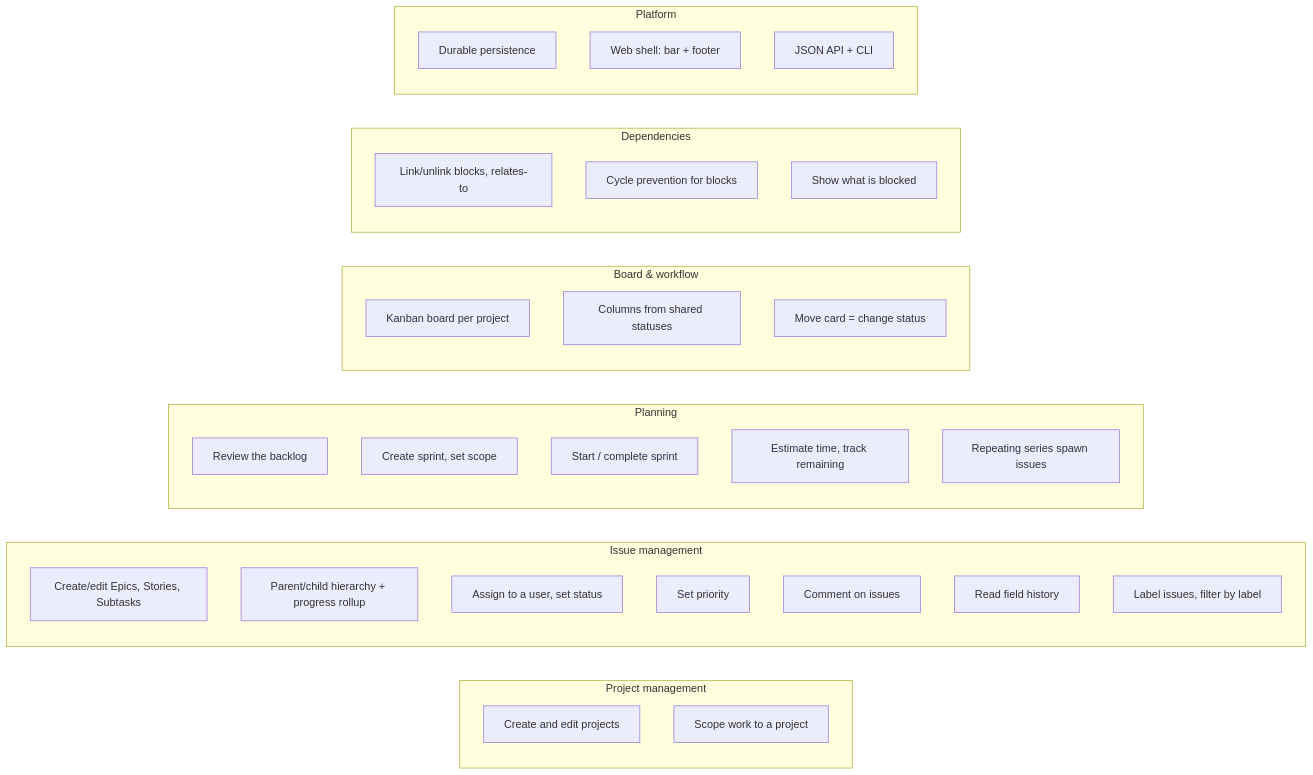
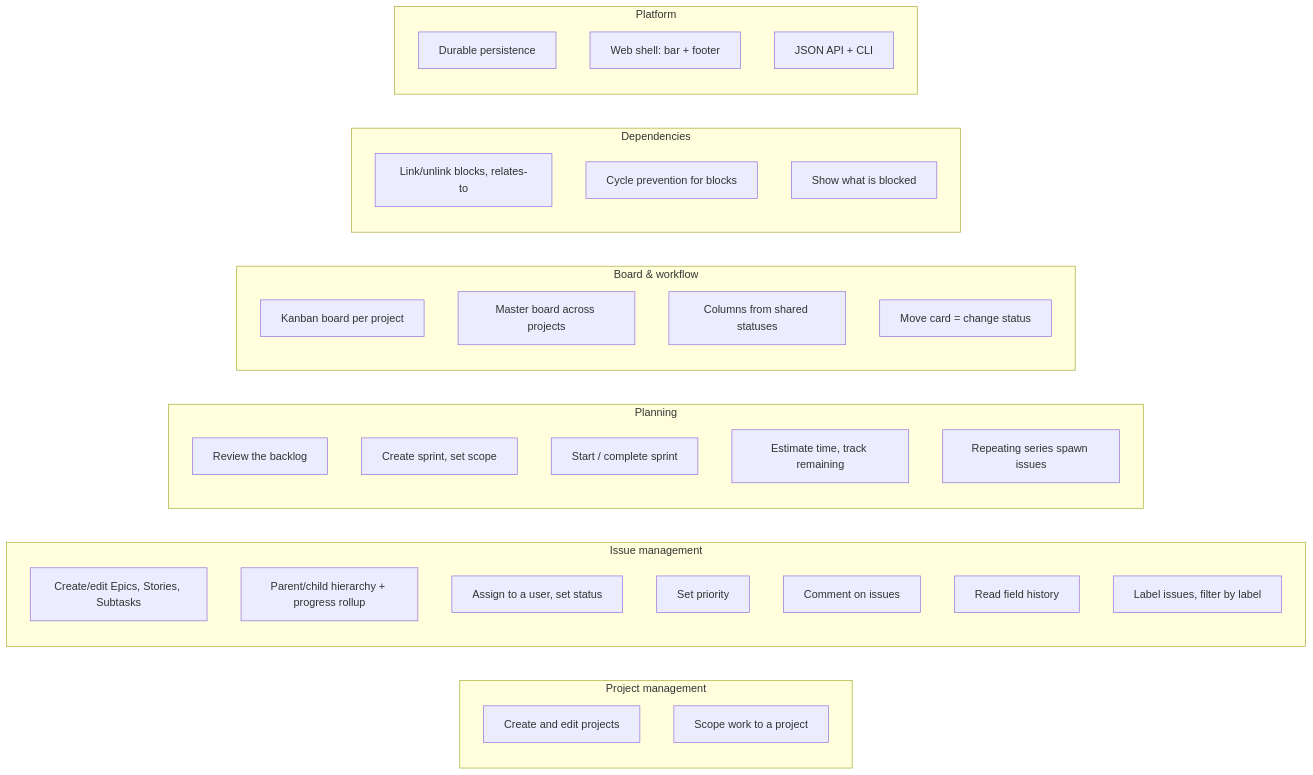
The diagram in docs/architecture/capabilities.md (Mathotics/Keel), drawn with Mermaid before and after one commit. The commit also changed other lines of this file and 19 other files, not shown here.

Commit message:
Add a master board so current work from every project is visible without entering one.

````diff
--- a/docs/architecture/capabilities.md
+++ b/docs/architecture/capabilities.md
@@ -5,38 +5,39 @@
 ```mermaid
 flowchart LR
   subgraph Proj["Project management"]
     p1[Create and edit projects]
     p2[Scope work to a project]
   end
   subgraph Issue["Issue management"]
     a1[Create/edit Epics, Stories, Subtasks]
     a2[Parent/child hierarchy + progress rollup]
     a3[Assign to a user, set status]
     a3b[Set priority]
     a4[Comment on issues]
     a5[Read field history]
     a6[Label issues, filter by label]
   end
   subgraph Plan["Planning"]
     b1[Review the backlog]
     b2[Create sprint, set scope]
     b3[Start / complete sprint]
     b4[Estimate time, track remaining]
     b5[Repeating series spawn issues]
   end
   subgraph Board["Board & workflow"]
     c1[Kanban board per project]
+    c1b[Master board across projects]
     c2[Columns from shared statuses]
     c3[Move card = change status]
   end
   subgraph Dep["Dependencies"]
     d1[Link/unlink blocks, relates-to]
     d2[Cycle prevention for blocks]
     d3[Show what is blocked]
   end
   subgraph Plat["Platform"]
     e1[Durable persistence]
     e2[Web shell: bar + footer]
     e3[JSON API + CLI]
   end
 ```
````
